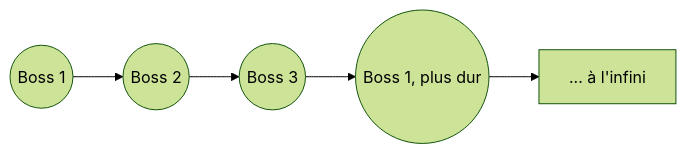
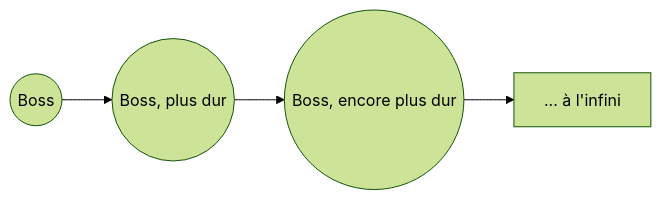
The second of 2 diagrams in content/2D-Game/ideas/pierre/Bullet hell roguelike.md (Bisiaux-dev/public-vault), drawn with Mermaid (forest theme) before and after one commit. The commit also changed other lines of this file and 6 other files, not shown here.

````diff
--- a/content/2D-Game/ideas/pierre/Bullet hell roguelike.md
+++ b/content/2D-Game/ideas/pierre/Bullet hell roguelike.md
@@ -50,4 +50,4 @@
 ```mermaid
 flowchart LR
-    B1((Boss 1)) --> B2((Boss 2)) --> B3((Boss 3)) --> B1b((Boss 1, plus dur)) --> INF[... à l'infini]
+    B1((Boss)) --> B2((Boss, plus dur)) --> B3((Boss, encore plus dur)) --> INF[... à l'infini]
 ```
````
